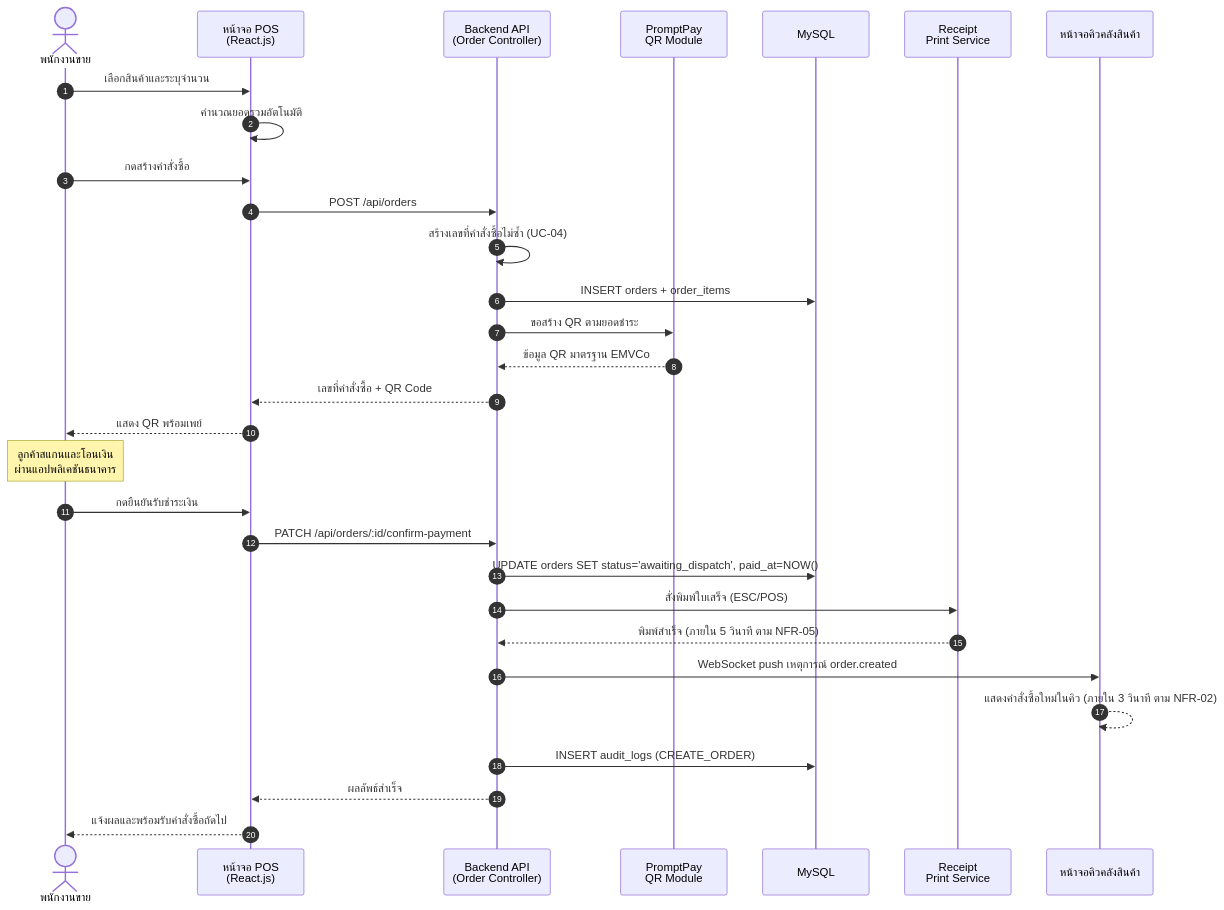
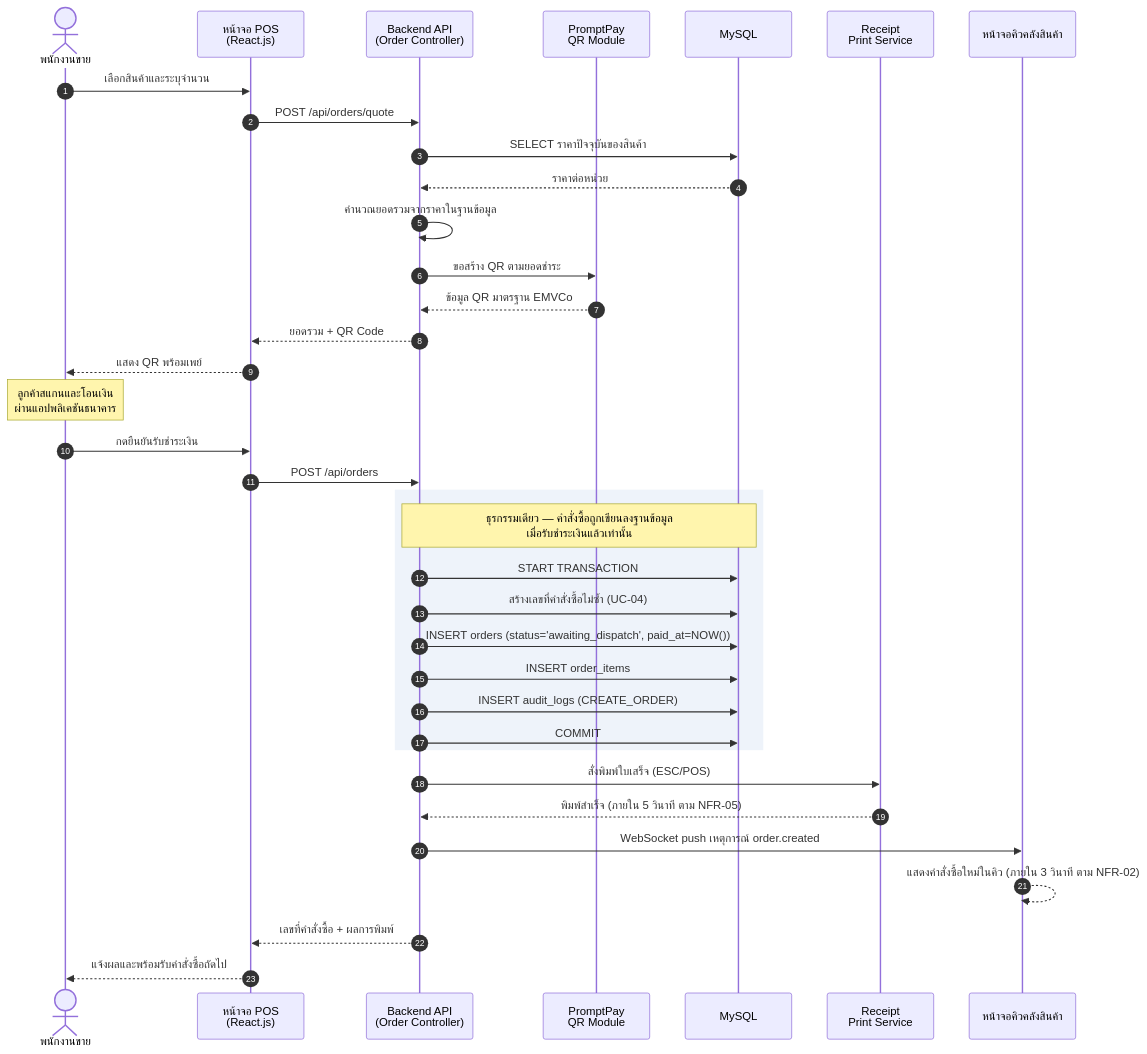
The diagram in Documents/assets/diagrams/fig3-10_seq_uc03.mmd (TriratWongsit/soml-pos-inventory), drawn with Mermaid before and after one commit. The commit also changed 15 other files, not shown here.

```diff
--- a/Documents/assets/diagrams/fig3-10_seq_uc03.mmd
+++ b/Documents/assets/diagrams/fig3-10_seq_uc03.mmd
@@ -1,31 +1,39 @@
 sequenceDiagram
     autonumber
     actor S as พนักงานขาย
     participant UI as หน้าจอ POS<br/>(React.js)
     participant API as Backend API<br/>(Order Controller)
     participant QR as PromptPay<br/>QR Module
     participant DB as MySQL
     participant P as Receipt<br/>Print Service
     participant WUI as หน้าจอคิวคลังสินค้า
 
     S->>UI: เลือกสินค้าและระบุจำนวน
-    UI->>UI: คำนวณยอดรวมอัตโนมัติ
-    S->>UI: กดสร้างคำสั่งซื้อ
-    UI->>API: POST /api/orders
-    API->>API: สร้างเลขที่คำสั่งซื้อไม่ซ้ำ (UC-04)
-    API->>DB: INSERT orders + order_items
+    UI->>API: POST /api/orders/quote
+    API->>DB: SELECT ราคาปัจจุบันของสินค้า
+    DB-->>API: ราคาต่อหน่วย
+    API->>API: คำนวณยอดรวมจากราคาในฐานข้อมูล
     API->>QR: ขอสร้าง QR ตามยอดชำระ
     QR-->>API: ข้อมูล QR มาตรฐาน EMVCo
-    API-->>UI: เลขที่คำสั่งซื้อ + QR Code
+    API-->>UI: ยอดรวม + QR Code
     UI-->>S: แสดง QR พร้อมเพย์
     Note over S: ลูกค้าสแกนและโอนเงิน<br/>ผ่านแอปพลิเคชันธนาคาร
     S->>UI: กดยืนยันรับชำระเงิน
-    UI->>API: PATCH /api/orders/:id/confirm-payment
-    API->>DB: UPDATE orders SET status='awaiting_dispatch', paid_at=NOW()
+    UI->>API: POST /api/orders
+
+    rect rgb(238, 243, 250)
+        Note over API,DB: ธุรกรรมเดียว — คำสั่งซื้อถูกเขียนลงฐานข้อมูล<br/>เมื่อรับชำระเงินแล้วเท่านั้น
+        API->>DB: START TRANSACTION
+        API->>DB: สร้างเลขที่คำสั่งซื้อไม่ซ้ำ (UC-04)
+        API->>DB: INSERT orders (status='awaiting_dispatch', paid_at=NOW())
+        API->>DB: INSERT order_items
+        API->>DB: INSERT audit_logs (CREATE_ORDER)
+        API->>DB: COMMIT
+    end
+
     API->>P: สั่งพิมพ์ใบเสร็จ (ESC/POS)
     P-->>API: พิมพ์สำเร็จ (ภายใน 5 วินาที ตาม NFR-05)
     API->>WUI: WebSocket push เหตุการณ์ order.created
     WUI-->>WUI: แสดงคำสั่งซื้อใหม่ในคิว (ภายใน 3 วินาที ตาม NFR-02)
-    API->>DB: INSERT audit_logs (CREATE_ORDER)
-    API-->>UI: ผลลัพธ์สำเร็จ
+    API-->>UI: เลขที่คำสั่งซื้อ + ผลการพิมพ์
     UI-->>S: แจ้งผลและพร้อมรับคำสั่งซื้อถัดไป
```
